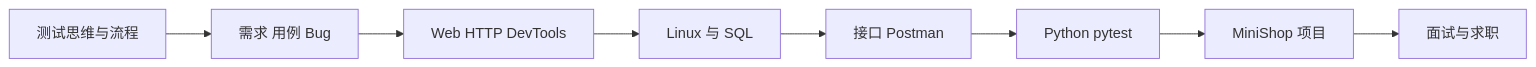
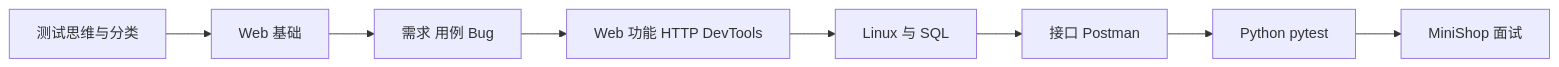
Before and after one commit to ycyue/software-testing-course: the diagram in chapters/22-learning-path.md, drawn with Mermaid. The commit also changed other lines of this file and 16 other files, not shown here.

````diff
--- a/chapters/22-learning-path.md
+++ b/chapters/22-learning-path.md
@@ -36,10 +36,10 @@
 ```mermaid
 flowchart LR
-    A[测试思维与流程] --> B[需求 用例 Bug]
-    B --> C[Web HTTP DevTools]
-    C --> D[Linux 与 SQL]
-    D --> E[接口 Postman]
-    E --> F[Python pytest]
-    F --> G[MiniShop 项目]
-    G --> H[面试与求职]
+    A[测试思维与分类] --> B[Web 基础]
+    B --> C[需求 用例 Bug]
+    C --> D[Web 功能 HTTP DevTools]
+    D --> E[Linux 与 SQL]
+    E --> F[接口 Postman]
+    F --> G[Python pytest]
+    G --> H[MiniShop 面试]
 ```
````
